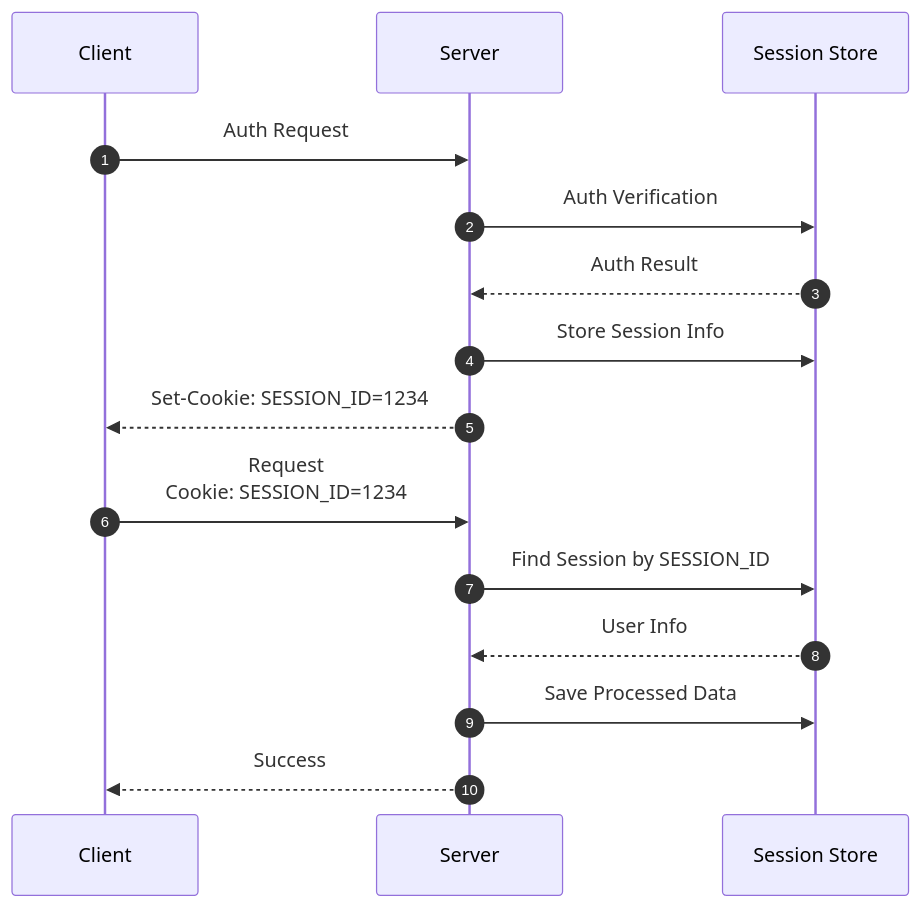
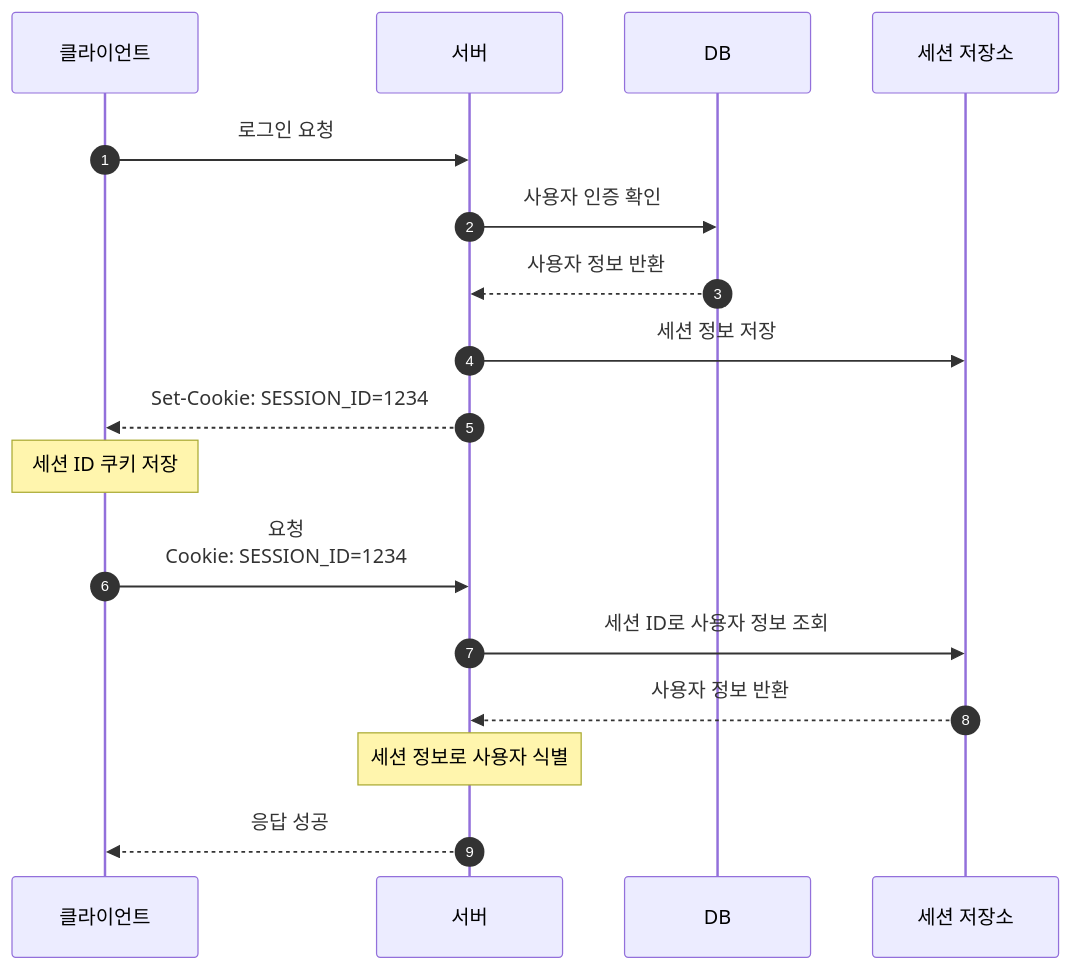
Before and after one commit to toctoce/TIL: the second of 3 diagrams in web/쿠키 & 세션 & 토큰/쿠키 & 세션 & 토큰.md, drawn with Mermaid. The commit also changed other lines of this file, not shown here.

````diff
--- a/web/쿠키 & 세션 & 토큰/쿠키 & 세션 & 토큰.md
+++ b/web/쿠키 & 세션 & 토큰/쿠키 & 세션 & 토큰.md
@@ -51,19 +51,21 @@
 ```mermaid
 sequenceDiagram
     autonumber
-    participant Client as Client
-    participant Server as Server
-    participant SessionStore as Session Store
+    participant Client as 클라이언트
+    participant Server as 서버
+    participant Database as DB
+    participant SessionStore as 세션 저장소
 
-    Client->>Server: Auth Request
-    Server->>SessionStore: Auth Verification
-    SessionStore-->>Server: Auth Result
-    Server->>SessionStore: Store Session Info
+    Client->>Server: 로그인 요청
+    Server->>Database: 사용자 인증 확인
+    Database-->>Server: 사용자 정보 반환
+    Server->>SessionStore: 세션 정보 저장
     Server-->>Client: Set-Cookie: SESSION_ID=1234
+    Note over Client: 세션 ID 쿠키 저장
 
-    Client->>Server: Request<br/>Cookie: SESSION_ID=1234
-    Server->>SessionStore: Find Session by SESSION_ID
-    SessionStore-->>Server: User Info
-    Server->>SessionStore: Save Processed Data
-    Server-->>Client: Success
+    Client->>Server: 요청<br/>Cookie: SESSION_ID=1234
+    Server->>SessionStore: 세션 ID로 사용자 정보 조회
+    SessionStore-->>Server: 사용자 정보 반환
+    Note over Server: 세션 정보로 사용자 식별
+    Server-->>Client: 응답 성공
 ```
````
